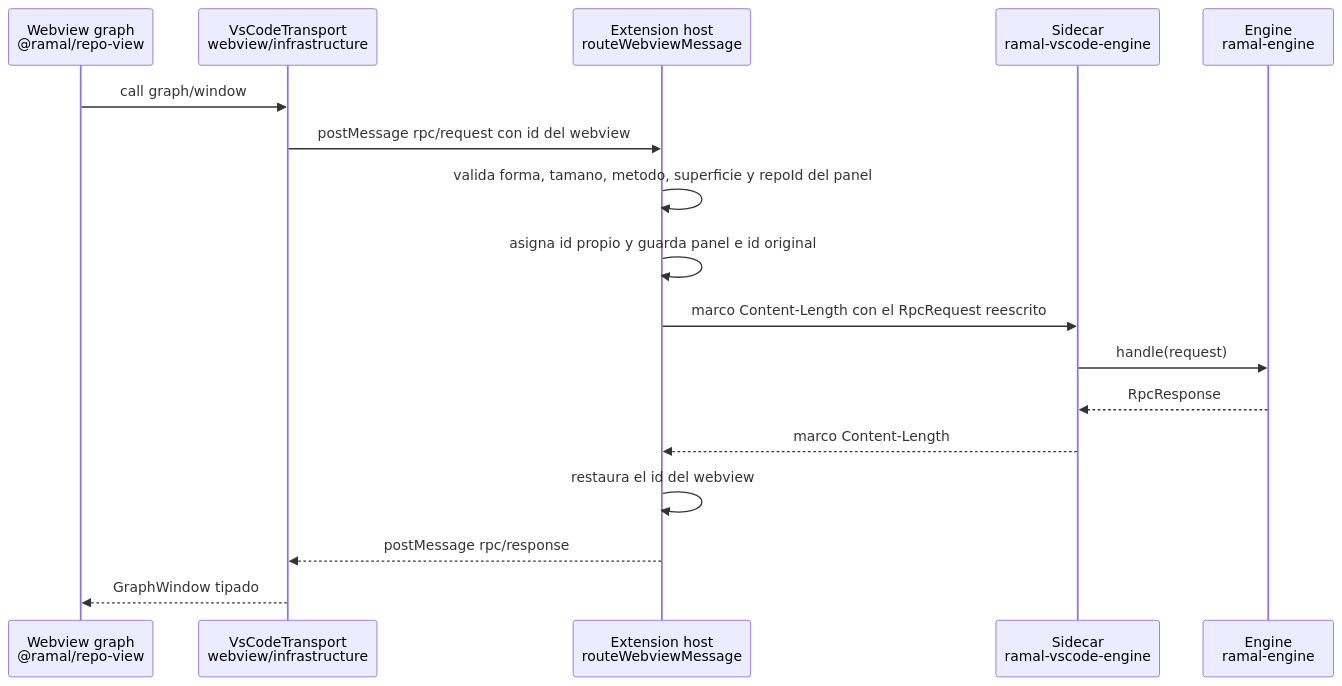
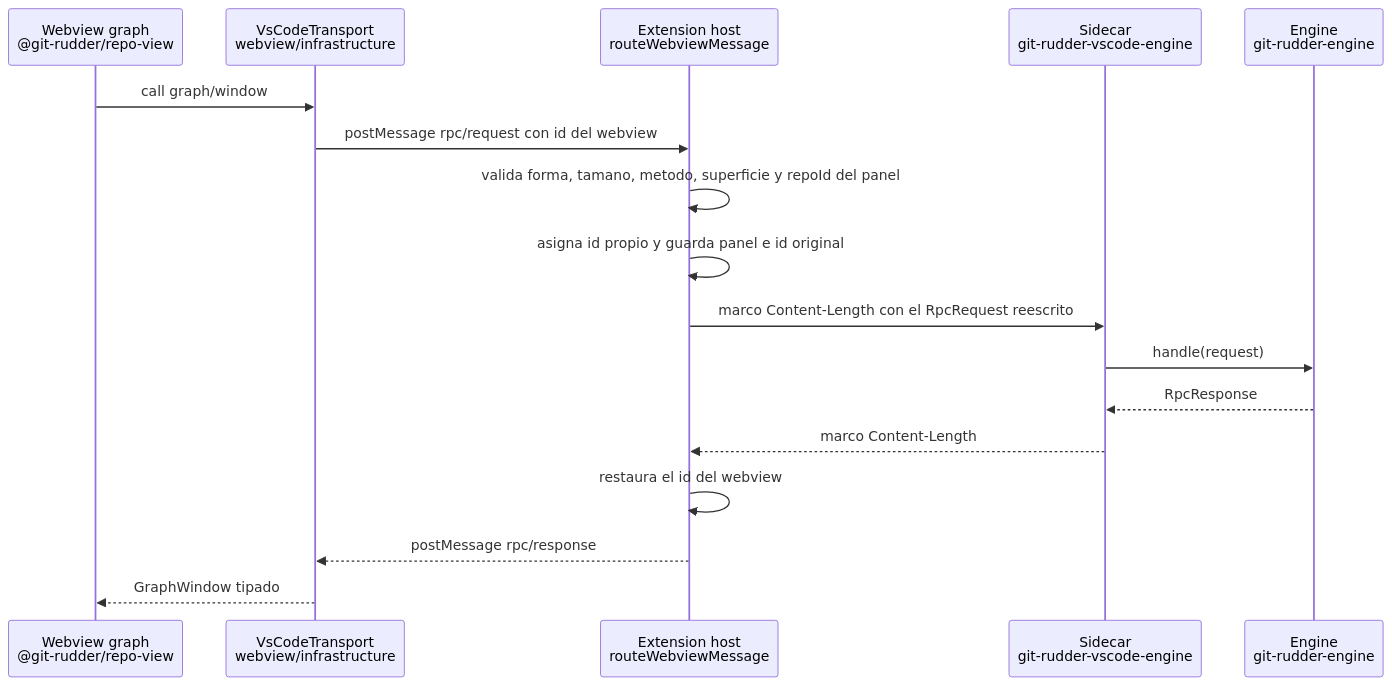
The fourth of 6 diagrams in docs/architecture.md (eabl0306/ramal), drawn with Mermaid before and after one commit. The commit also changed other lines of this file and 524 other files, not shown here.

First line of the commit message:
refactor(repo): renombrar el producto a Git Rudder

````diff
--- a/docs/architecture.md
+++ b/docs/architecture.md
@@ -1091,19 +1091,19 @@
 ```mermaid
 sequenceDiagram
-    participant W as Webview graph<br/>@ramal/repo-view
+    participant W as Webview graph<br/>@git-rudder/repo-view
     participant T as VsCodeTransport<br/>webview/infrastructure
     participant X as Extension host<br/>routeWebviewMessage
-    participant S as Sidecar<br/>ramal-vscode-engine
-    participant E as Engine<br/>ramal-engine
+    participant S as Sidecar<br/>git-rudder-vscode-engine
+    participant E as Engine<br/>git-rudder-engine
     W->>T: call graph/window
     T->>X: postMessage rpc/request con id del webview
     X->>X: valida forma, tamano, metodo, superficie y repoId del panel
     X->>X: asigna id propio y guarda panel e id original
     X->>S: marco Content-Length con el RpcRequest reescrito
     S->>E: handle(request)
     E-->>S: RpcResponse
     S-->>X: marco Content-Length
     X->>X: restaura el id del webview
     X-->>T: postMessage rpc/response
     T-->>W: GraphWindow tipado
 ```
````
